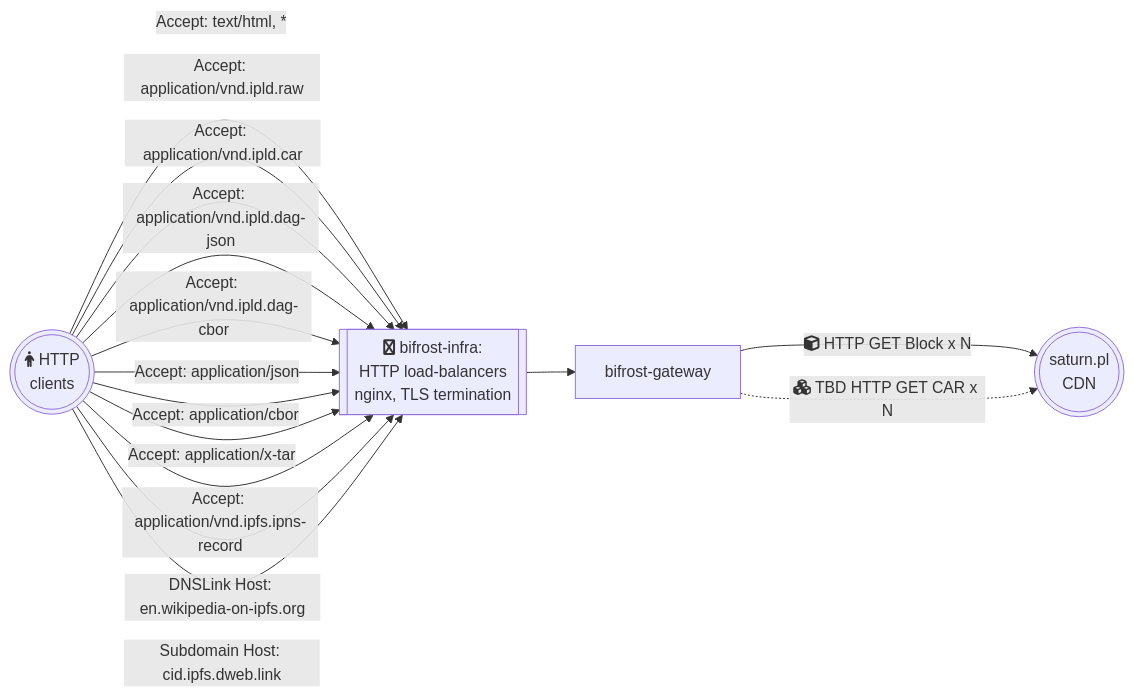
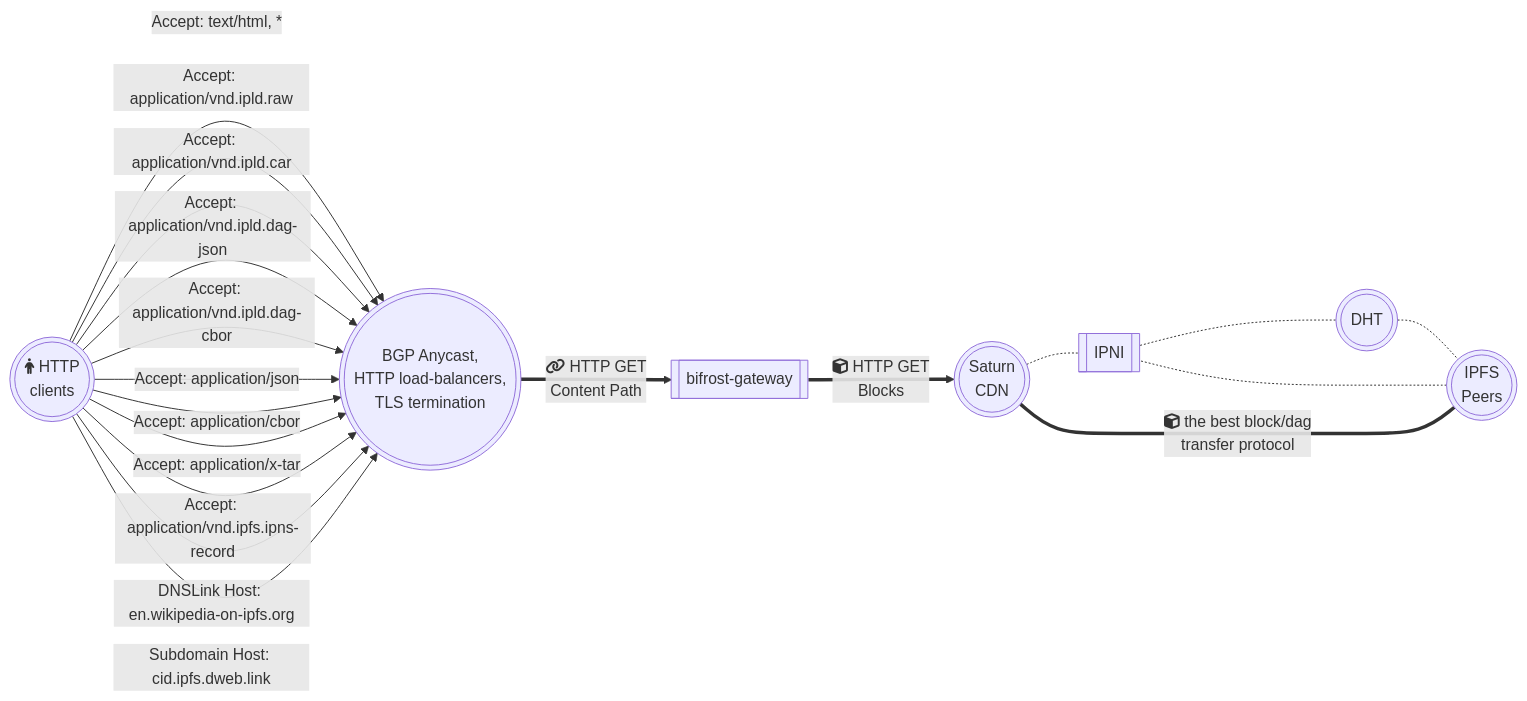
One commit to ipfs-inactive/bifrost-gateway changed the diagram in README.md. Above: the diagram before and after it, drawn with Mermaid.

Commit message:
docs: updated design diagram

````diff
--- a/README.md
+++ b/README.md
@@ -105,25 +105,32 @@
 ```mermaid
 graph LR
     A(((fa:fa-person HTTP</br>clients)))
-    B[bifrost-gateway]
-    N[[fa:fa-hive bifrost-infra:<br>HTTP load-balancers<br> nginx, TLS termination]]
-    S(((saturn.pl<br>CDN)))
+    B[[bifrost-gateway]]
+    N(((BGP Anycast,<br>HTTP load-balancers,<br>TLS termination)))
+    S(((Saturn<br>CDN)))
+    I[[IPNI]]
+    D(((DHT)))
 
+    P((( IPFS<br>Peers)))
 
     A -->| Accept: text/html, *| N
     A -->| Accept: application/vnd.ipld.raw | N
     A -->| Accept: application/vnd.ipld.car | N
     A -->| Accept: application/vnd.ipld.dag-json | N
     A -->| Accept: application/vnd.ipld.dag-cbor | N
     A -->| Accept: application/json | N
     A -->| Accept: application/cbor | N
     A -->| Accept: application/x-tar | N
     A -->| Accept: application/vnd.ipfs.ipns-record | N
     A -->| DNSLink Host: en.wikipedia-on-ipfs.org | N
     A -->| Subdomain Host: cid.ipfs.dweb.link | N
 
-    N --> B
+    N ==>| fa:fa-link HTTP GET <br> Content Path | B
     
-    B --->|fa:fa-cube HTTP GET Block x N | S
-    B ..->|fa:fa-cubes TBD HTTP GET CAR x N | S
+    B ==>|fa:fa-cube HTTP GET <br> Blocks | S
+    S -.- I 
+    I -.- D 
+    D -.- P -.- I
+  
+    P ===|fa:fa-cube the best block/dag <br> transfer protocol | S
 ```
````
